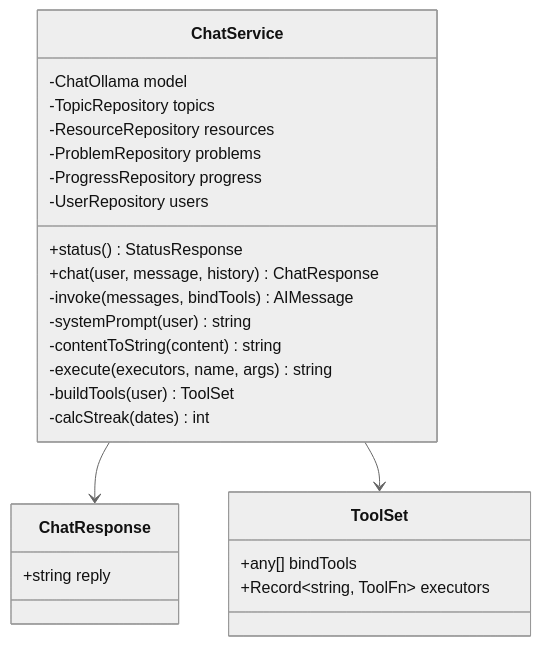
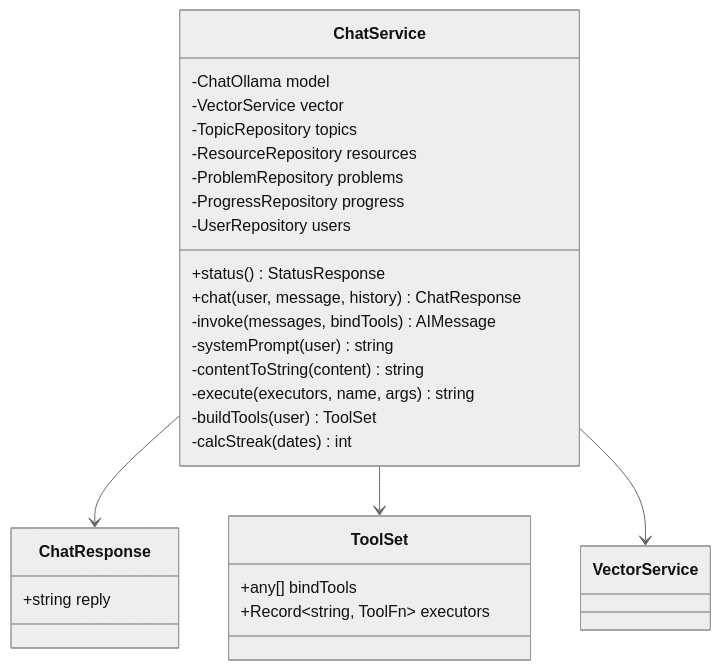
Before and after one commit to tusharb8/dsa_sheet: the ninth of 20 diagrams in LLD.md, drawn with Mermaid (neutral theme). The commit also changed other lines of this file and 8 other files, not shown here.

````diff
--- a/LLD.md
+++ b/LLD.md
@@ -638,31 +638,33 @@
 ```mermaid
 classDiagram
     class ChatService {
         -ChatOllama model
+        -VectorService vector
         -TopicRepository topics
         -ResourceRepository resources
         -ProblemRepository problems
         -ProgressRepository progress
         -UserRepository users
         +status() StatusResponse
         +chat(user, message, history) ChatResponse
         -invoke(messages, bindTools) AIMessage
         -systemPrompt(user) string
         -contentToString(content) string
         -execute(executors, name, args) string
         -buildTools(user) ToolSet
         -calcStreak(dates) int
     }
 
     class ChatResponse {
         +string reply
     }
 
     class ToolSet {
         +any[] bindTools
         +Record~string, ToolFn~ executors
     }
 
     ChatService --> ChatResponse
     ChatService --> ToolSet
+    ChatService --> VectorService
 ```
````
